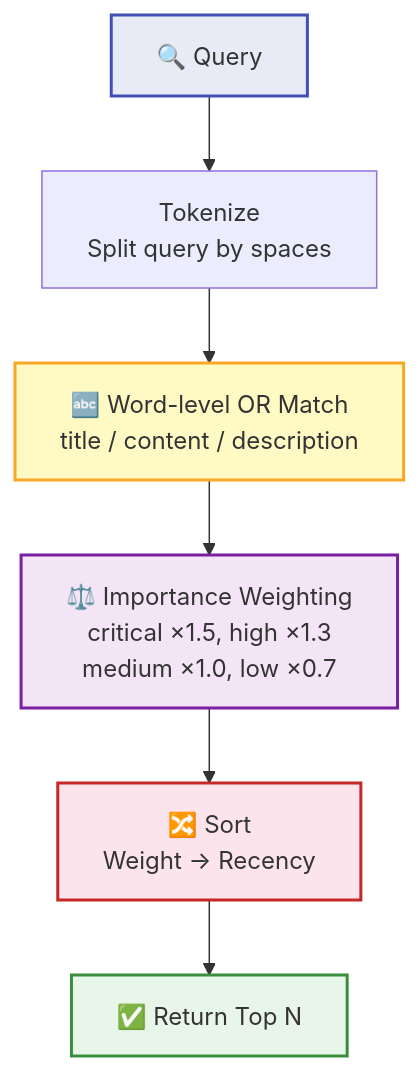
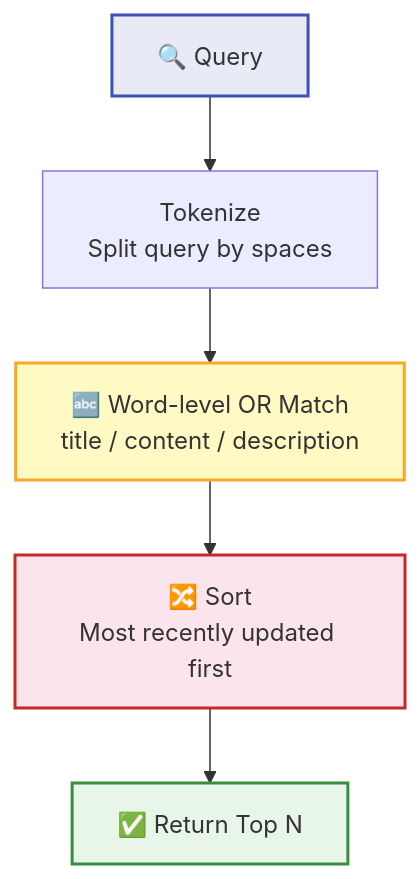
Before and after one commit to rtc-agent/docs: the fourth of 7 diagrams in src/content/docs/en/features/memory.md, drawn with Mermaid. The commit also changed other lines of this file and 7 other files, not shown here.

````diff
--- a/src/content/docs/en/features/memory.md
+++ b/src/content/docs/en/features/memory.md
@@ -163,14 +165,12 @@
 ```mermaid
 flowchart TD
     Q["🔍 Query"] --> SPLIT["Tokenize<br/>Split query by spaces"]
     SPLIT --> KW["🔤 Word-level OR Match<br/>title / content / description"]
-    KW --> FILTER["⚖️ Importance Weighting<br/>critical ×1.5, high ×1.3<br/>medium ×1.0, low ×0.7"]
-    FILTER --> SORT["🔀 Sort<br/>Weight → Recency"]
+    KW --> SORT["🔀 Sort<br/>Most recently updated first"]
     SORT --> TOP["✅ Return Top N"]
 
     style Q fill:#e8eaf6,stroke:#3f51b5,stroke-width:2px
     style KW fill:#fff9c4,stroke:#f9a825,stroke-width:2px
-    style FILTER fill:#f3e5f5,stroke:#7b1fa2,stroke-width:2px
     style SORT fill:#fce4ec,stroke:#c62828,stroke-width:2px
     style TOP fill:#e8f5e9,stroke:#388e3c,stroke-width:2px
 ```
````
